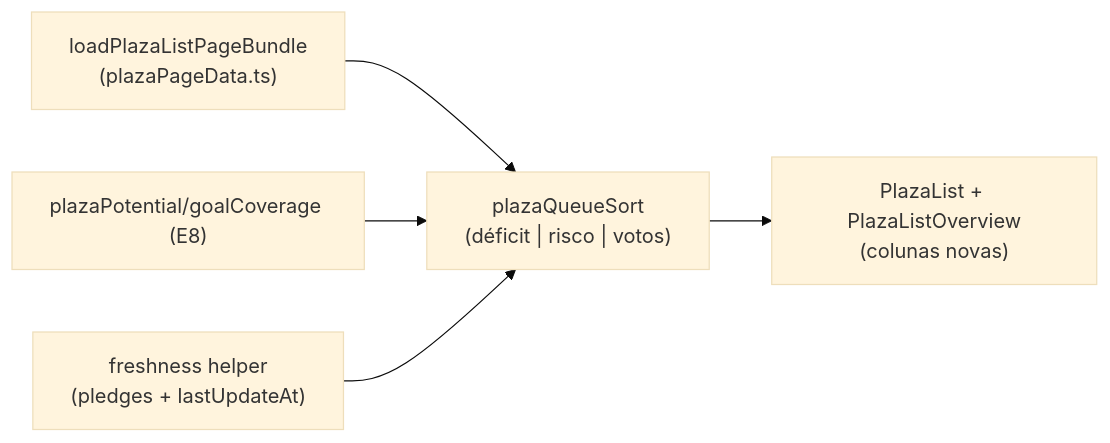
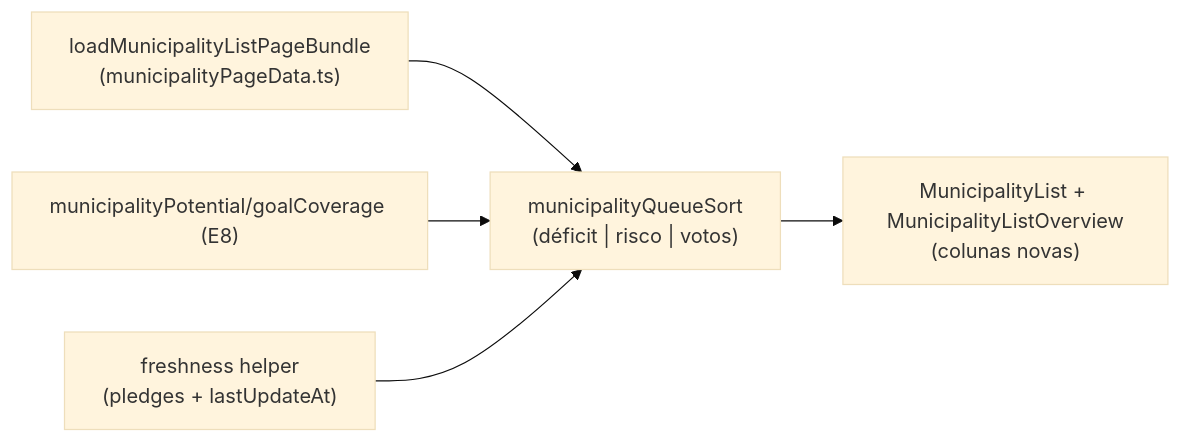
Before and after one commit to fsolla/teqo: the diagram in docs/plans/fila-de-alocacao.md, drawn with Mermaid (base theme). The commit also changed other lines of this file and 41 other files, not shown here.

````diff
--- a/docs/plans/fila-de-alocacao.md
+++ b/docs/plans/fila-de-alocacao.md
@@ -47,12 +47,12 @@
 ```mermaid
 flowchart LR
-    Bundle["loadPlazaListPageBundle<br/>(plazaPageData.ts)"]
-    Pot["plazaPotential/goalCoverage (E8)"]
+    Bundle["loadMunicipalityListPageBundle<br/>(municipalityPageData.ts)"]
+    Pot["municipalityPotential/goalCoverage (E8)"]
     Fresh["freshness helper<br/>(pledges + lastUpdateAt)"]
-    Sort["plazaQueueSort<br/>(déficit | risco | votos)"]
-    List["PlazaList + PlazaListOverview<br/>(colunas novas)"]
+    Sort["municipalityQueueSort<br/>(déficit | risco | votos)"]
+    List["MunicipalityList + MunicipalityListOverview<br/>(colunas novas)"]
     Bundle --> Sort
     Pot --> Sort
     Fresh --> Sort
     Sort --> List
 ```
````
